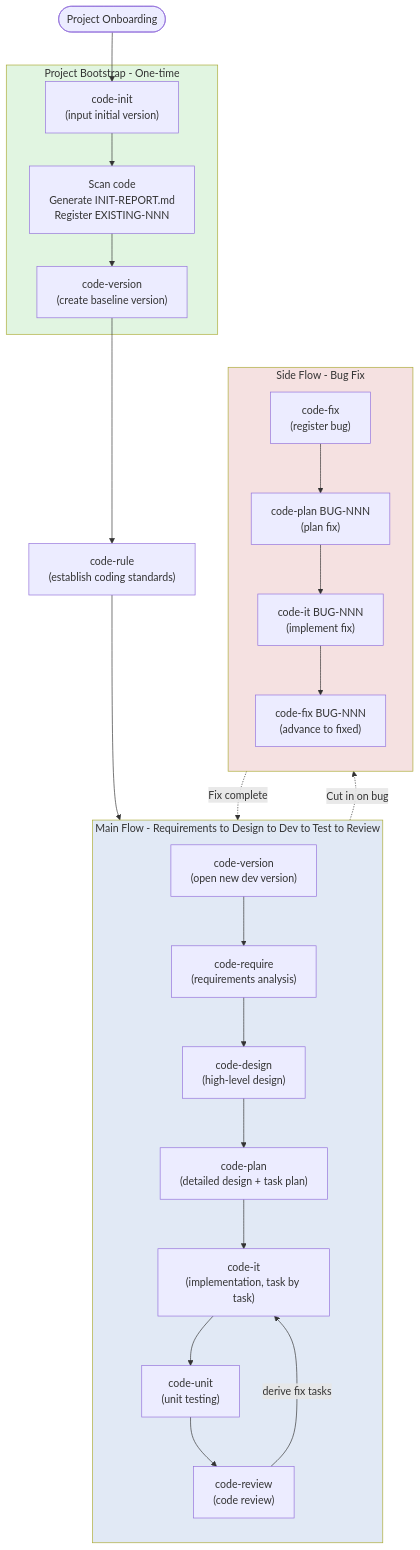
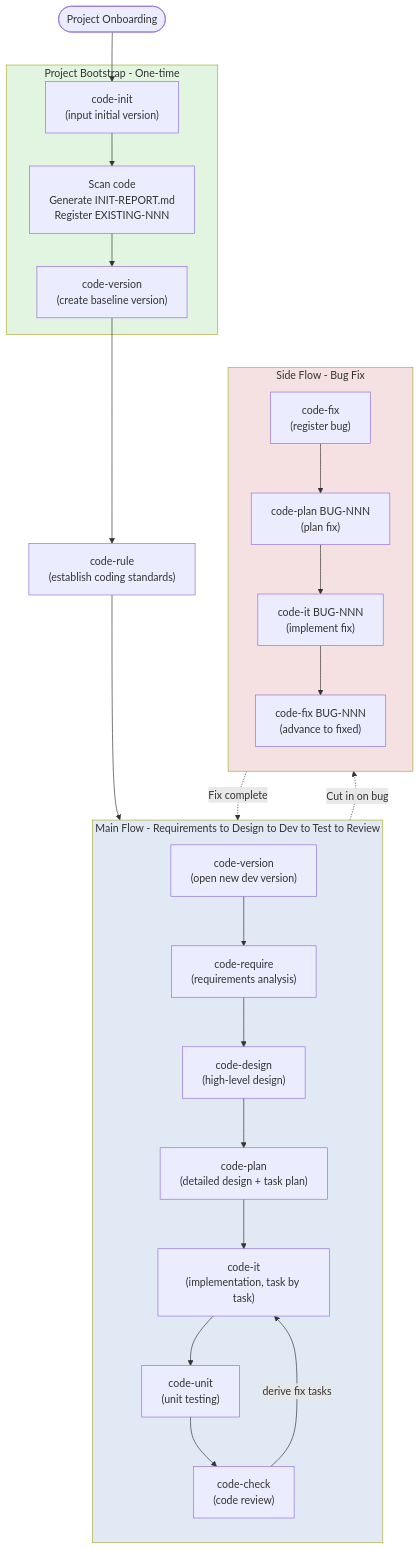
The diagram in plugins/code-skills/README.en.md (wm123450405/code-skills), drawn with Mermaid before and after one commit. The commit also changed other lines of this file and 52 other files, not shown here.

````diff
--- a/plugins/code-skills/README.en.md
+++ b/plugins/code-skills/README.en.md
@@ -214,37 +214,37 @@
 ```mermaid
 flowchart TD
     Start([Project Onboarding]) --> A
 
     subgraph Bootstrap[Project Bootstrap - One-time]
         A["code-init<br/>(input initial version)"] --> A1[Scan code<br/>Generate INIT-REPORT.md<br/>Register EXISTING-NNN]
         A1 --> B["code-version<br/>(create baseline version)"]
     end
 
     B --> C["code-rule<br/>(establish coding standards)"]
     C --> D["code-version<br/>(open new dev version)"]
 
     subgraph MainFlow[Main Flow - Requirements to Design to Dev to Test to Review]
         direction TB
         D --> E["code-require<br/>(requirements analysis)"]
         E --> F["code-design<br/>(high-level design)"]
         F --> G["code-plan<br/>(detailed design + task plan)"]
         G --> H["code-it<br/>(implementation, task by task)"]
         H --> I["code-unit<br/>(unit testing)"]
-        I --> J["code-review<br/>(code review)"]
+        I --> J["code-check<br/>(code review)"]
         J -->|"derive fix tasks"| H
     end
 
     subgraph SideFlow[Side Flow - Bug Fix]
         direction TB
         K1["code-fix<br/>(register bug)"] --> K2["code-plan BUG-NNN<br/>(plan fix)"]
         K2 --> K3["code-it BUG-NNN<br/>(implement fix)"]
         K3 --> K4["code-fix BUG-NNN<br/>(advance to fixed)"]
     end
 
     MainFlow -.Cut in on bug.-> SideFlow
     SideFlow -.Fix complete.-> MainFlow
 
     style Bootstrap fill:#e1f5e1
     style MainFlow fill:#e1e9f5
     style SideFlow fill:#f5e1e1
 ```
````
